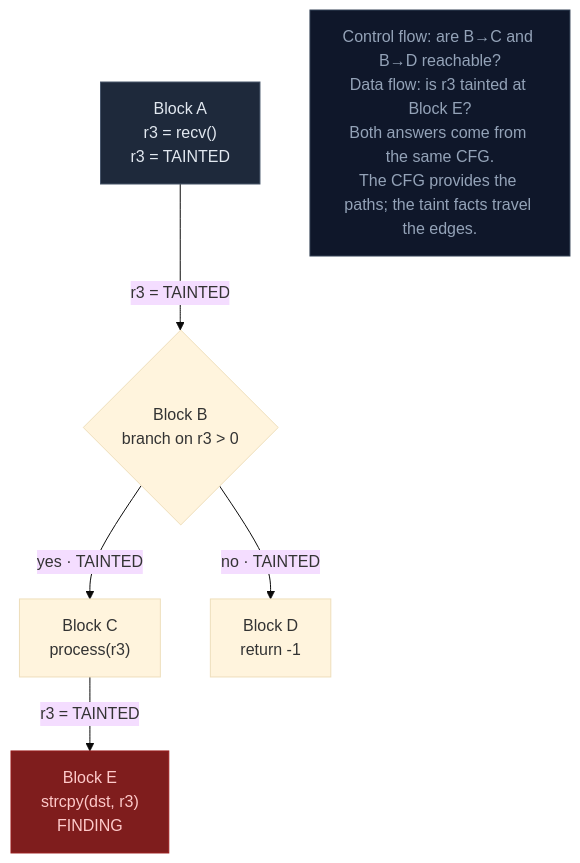
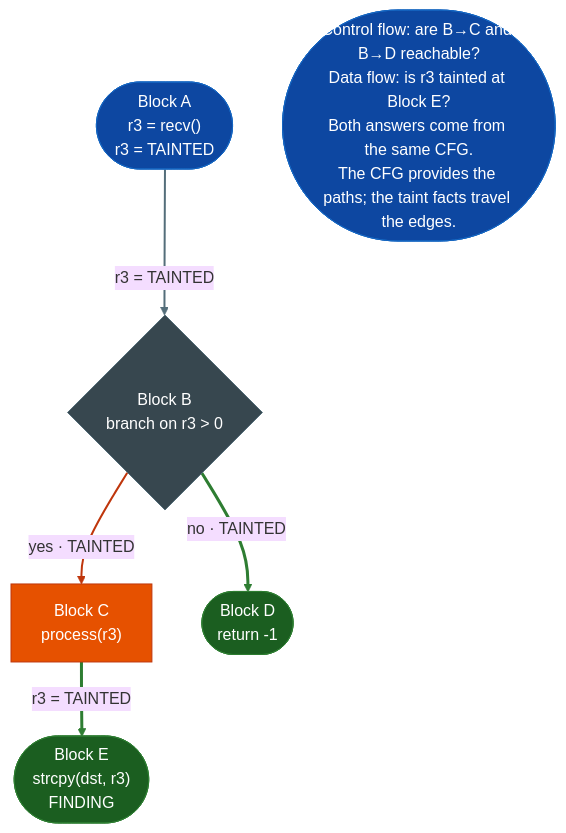
The sixth of 22 diagrams in docs/overview.md (Ablation-Tool/ablation), drawn with Mermaid (base theme) before and after one commit. The commit also changed other lines of this file and 320 other files, not shown here.

First line of the commit message:
docs: apply canonical Mermaid template to all 321 diagrams

````diff
--- a/docs/overview.md
+++ b/docs/overview.md
@@ -178,13 +222,19 @@
 ```mermaid
 flowchart TD
-    A["Block A\nr3 = recv()\nr3 = TAINTED"] -->|"r3 = TAINTED"| B{"Block B\nbranch on r3 > 0"}
-    B -->|"yes · TAINTED"| C["Block C\nprocess(r3)"]
-    B -->|"no · TAINTED"| D["Block D\nreturn -1"]
-    C -->|"r3 = TAINTED"| E["Block E\nstrcpy(dst, r3)\nFINDING"]
+    A(["Block A\nr3 = recv()\nr3 = TAINTED"]):::input -->|"r3 = TAINTED"| B{"Block B\nbranch on r3 > 0"}:::neutral
+    B:::neutral -->|"yes · TAINTED"| C["Block C\nprocess(r3)"]:::primary
+    B:::neutral -->|"no · TAINTED"| D(["Block D\nreturn -1"]):::output
+    C:::primary -->|"r3 = TAINTED"| E(["Block E\nstrcpy(dst, r3)\nFINDING"]):::output
 
-    note["Control flow: are B→C and B→D reachable?\nData flow: is r3 tainted at Block E?\nBoth answers come from the same CFG.\nThe CFG provides the paths; the taint facts travel the edges."]
-
-    style A fill:#1e293b,stroke:#475569,color:#e2e8f0
-    style E fill:#7f1d1d,stroke:#991b1b,color:#fecaca
-    style note fill:#0f172a,stroke:#334155,color:#94a3b8
+    note(["Control flow: are B→C and B→D reachable?\nData flow: is r3 tainted at Block E?\nBoth answers come from the same CFG.\nThe CFG provides the paths; the taint facts travel the edges."]):::input
+    classDef input     fill:#0d47a1,stroke:#1565c0,color:#fff
+    classDef primary   fill:#e65100,stroke:#bf360c,color:#fff
+    classDef secondary fill:#004d40,stroke:#00695c,color:#fff
+    classDef tertiary  fill:#4a148c,stroke:#6a1b9a,color:#fff
+    classDef neutral   fill:#37474f,stroke:#546e7a,color:#fff
+    classDef output    fill:#1b5e20,stroke:#2e7d32,color:#fff
+    linkStyle 0 stroke:#546e7a,stroke-width:2px
+    linkStyle 1 stroke:#bf360c,stroke-width:2px
+    linkStyle 2 stroke:#2e7d32,stroke-width:3px
+    linkStyle 3 stroke:#2e7d32,stroke-width:3px
 ```
````
